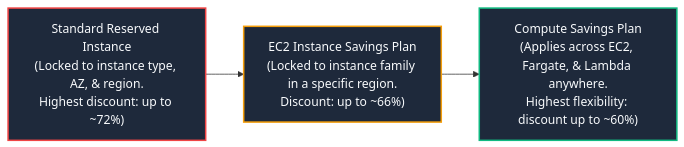
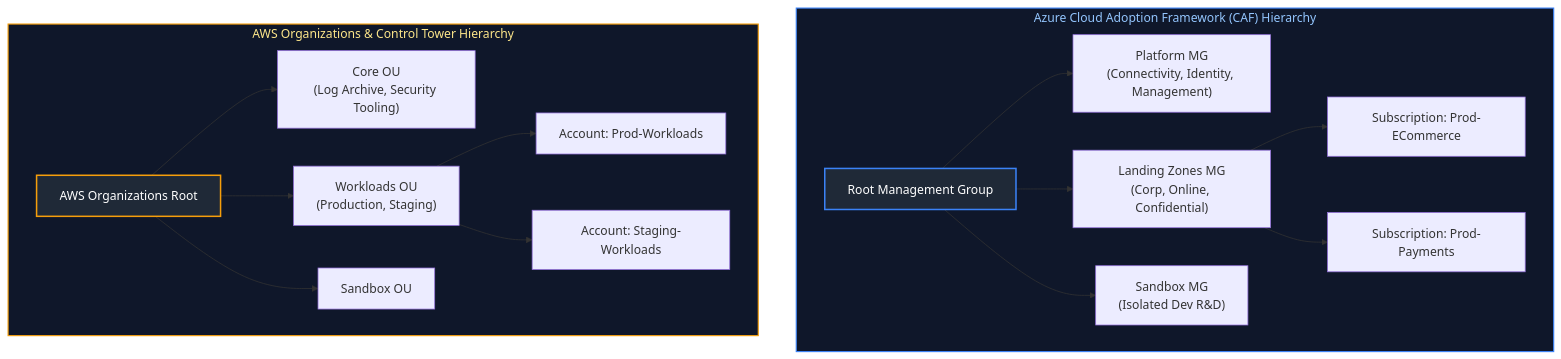
Before and after one commit to joydeep-biswas/Interview-Preparation: the fifth of 8 diagrams in Cloud Engineering/15_finops_governance_and_enterprise_operations.md, drawn with Mermaid. The commit also changed other lines of this file and 143 other files, not shown here.

````diff
--- a/Cloud Engineering/15_finops_governance_and_enterprise_operations.md
+++ b/Cloud Engineering/15_finops_governance_and_enterprise_operations.md
@@ -205,13 +204,37 @@
 ```mermaid
-flowchart LR
-    RI["Standard Reserved Instance<br/>(Locked to instance type, AZ, & region.<br/>Highest discount: up to ~72%)"] --> ESP["EC2 Instance Savings Plan<br/>(Locked to instance family in a specific region.<br/>Discount: up to ~66%)"]
-    ESP --> CSP["Compute Savings Plan<br/>(Applies across EC2, Fargate, & Lambda anywhere.<br/>Highest flexibility: discount up to ~60%)"]
+flowchart TD
+    subgraph AzureCAF ["Azure Cloud Adoption Framework (CAF) Hierarchy"]
+        RootMG["Root Management Group"]
+        PlatformMG["Platform MG<br/>(Connectivity, Identity, Management)"]
+        WorkloadMG["Landing Zones MG<br/>(Corp, Online, Confidential)"]
+        SandboxMG["Sandbox MG<br/>(Isolated Dev R&D)"]
+        
+        RootMG --> PlatformMG
+        RootMG --> WorkloadMG
+        RootMG --> SandboxMG
 
-    classDef low fill:#1e293b,stroke:#ef4444,stroke-width:2px,color:#f8fafc;
-    classDef mid fill:#1e293b,stroke:#f59e0b,stroke-width:2px,color:#f8fafc;
-    classDef high fill:#1e293b,stroke:#10b981,stroke-width:2px,color:#f8fafc;
+        Sub1["Subscription: Prod-ECommerce"]
+        Sub2["Subscription: Prod-Payments"]
+        WorkloadMG --> Sub1 & Sub2
+    end
 
-    class RI low;
-    class ESP mid;
-    class CSP high;
+    subgraph AWSOrg ["AWS Organizations & Control Tower Hierarchy"]
+        AWSRoot["AWS Organizations Root"]
+        CoreOU["Core OU<br/>(Log Archive, Security Tooling)"]
+        WorkloadOU["Workloads OU<br/>(Production, Staging)"]
+        SandboxOU["Sandbox OU"]
+
+        AWSRoot --> CoreOU
+        AWSRoot --> WorkloadOU
+        AWSRoot --> SandboxOU
+
+        Acct1["Account: Prod-Workloads"]
+        Acct2["Account: Staging-Workloads"]
+        WorkloadOU --> Acct1 & Acct2
+    end
+
+    style AzureCAF fill:#0f172a,stroke:#3b82f6,stroke-width:1.5px,color:#93c5fd
+    style AWSOrg fill:#0f172a,stroke:#f59e0b,stroke-width:1.5px,color:#fde68a
+    style RootMG fill:#1f2937,stroke:#3b82f6,stroke-width:2px,color:#fff
+    style AWSRoot fill:#1f2937,stroke:#f59e0b,stroke-width:2px,color:#fff
 ```
````
